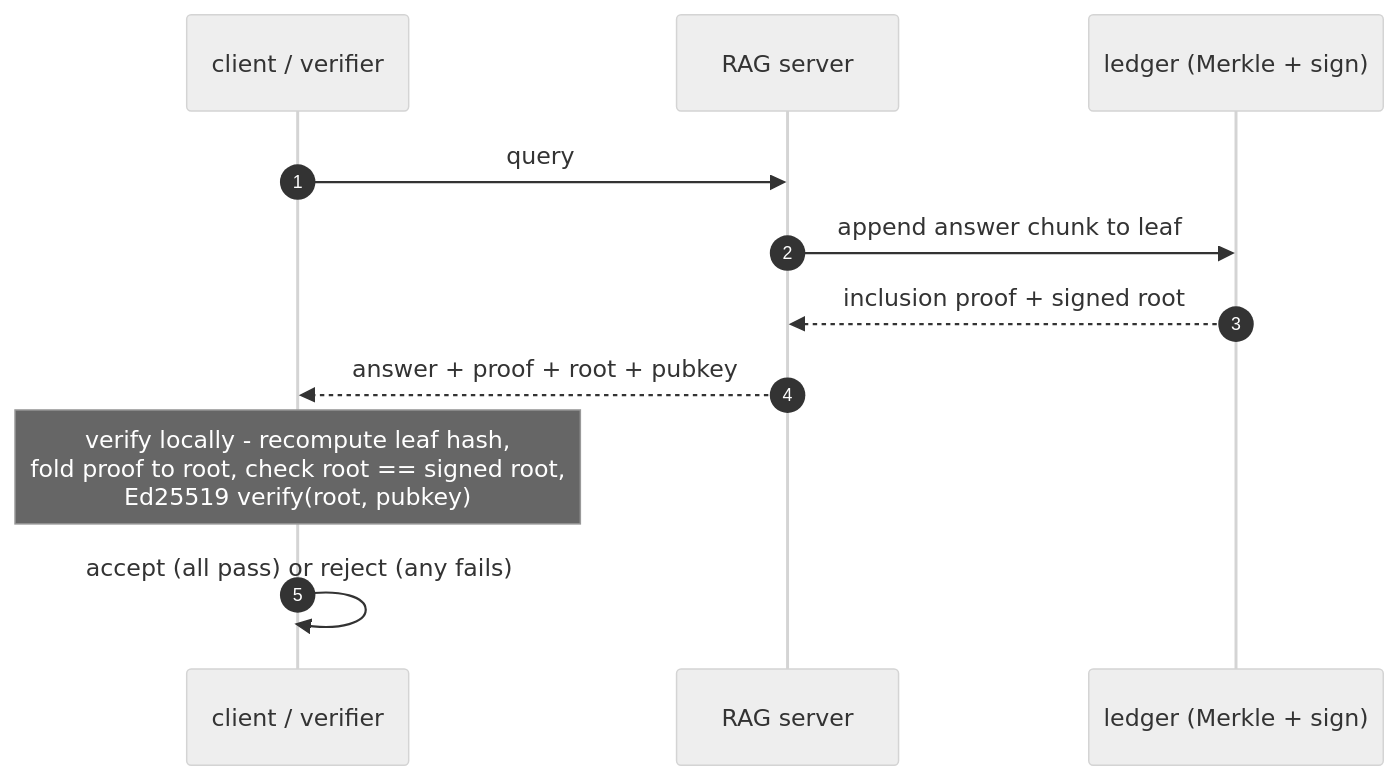
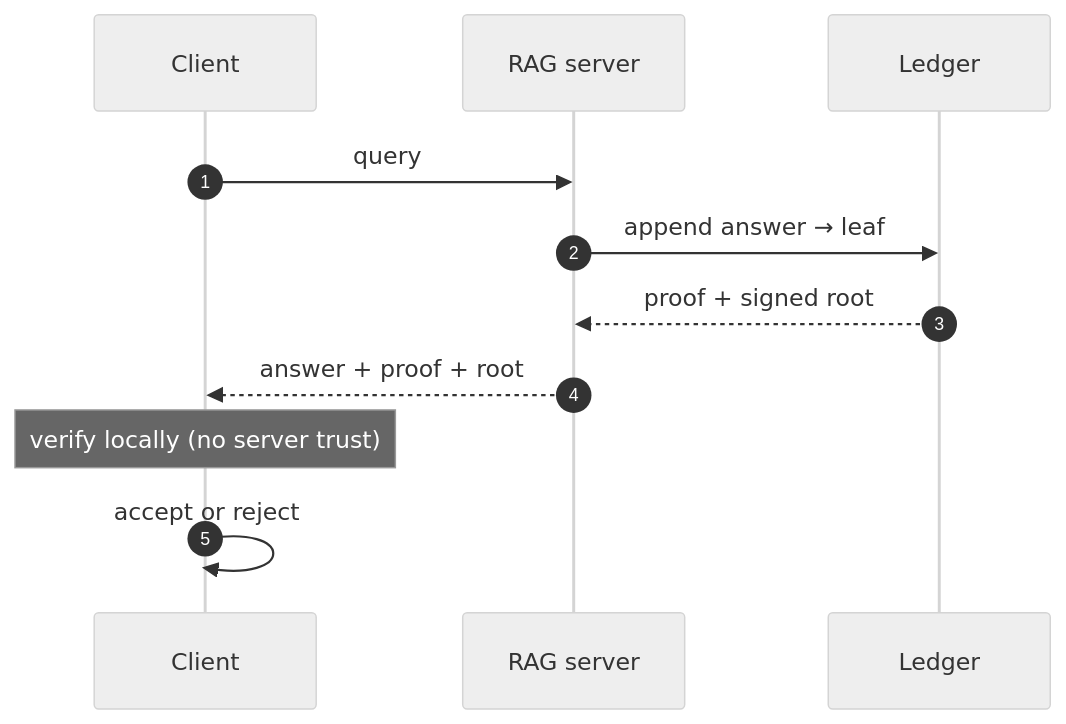
One commit to parag-labs/ledger-rag changed the second of 2 diagrams in README.md. Above: the diagram before and after it, drawn with Mermaid (neutral theme). The commit also changed other lines of this file, not shown here.

Commit message:
Simplify the README diagram: short labels, softer palette

````diff
--- a/README.md
+++ b/README.md
@@ -55,13 +52,13 @@
 ```mermaid
 sequenceDiagram
   autonumber
-  participant C as client / verifier
+  participant C as Client
   participant S as RAG server
-  participant L as ledger (Merkle + sign)
+  participant L as Ledger
   C->>S: query
-  S->>L: append answer chunk to leaf
-  L-->>S: inclusion proof + signed root
-  S-->>C: answer + proof + root + pubkey
-  Note over C: verify locally - recompute leaf hash,<br/>fold proof to root, check root == signed root,<br/>Ed25519 verify(root, pubkey)
-  C->>C: accept (all pass) or reject (any fails)
+  S->>L: append answer → leaf
+  L-->>S: proof + signed root
+  S-->>C: answer + proof + root
+  Note over C: verify locally (no server trust)
+  C->>C: accept or reject
 ```
````
